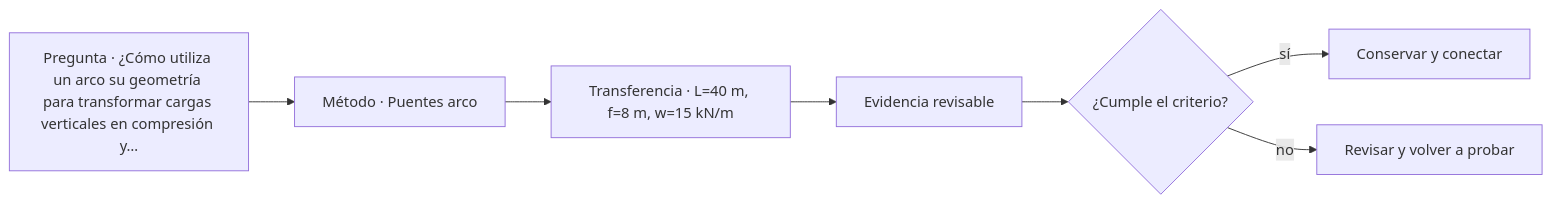
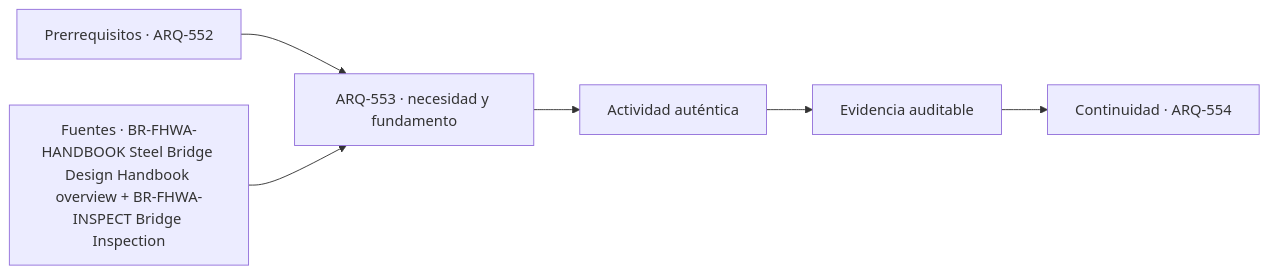
The diagram in classes/parte-56/ARQ-553.md (vladimiracunadev-create/architecture-built-environment-learning-program), drawn with Mermaid before and after one commit. The commit also changed other lines of this file and 761 other files, not shown here.

````diff
--- a/classes/parte-56/ARQ-553.md
+++ b/classes/parte-56/ARQ-553.md
@@ -95,9 +107,8 @@
 ```mermaid
 flowchart LR
-    Q["Pregunta · ¿Cómo utiliza un arco su geometría para transformar cargas verticales en compresión y…"] --> M["Método · Puentes arco"]
-    M --> P["Transferencia · L=40 m, f=8 m, w=15 kN/m"]
-    P --> E["Evidencia revisable"]
-    E --> C{"¿Cumple el criterio?"}
-    C -->|sí| T["Conservar y conectar"]
-    C -->|no| R["Revisar y volver a probar"]
+    A["Prerrequisitos · ARQ-552"] --> B["ARQ-553 · necesidad y fundamento"]
+    S["Fuentes · BR-FHWA-HANDBOOK Steel Bridge Design Handbook overview + BR-FHWA-INSPECT Bridge Inspection"] --> B
+    B --> C["Actividad auténtica"]
+    C --> D["Evidencia auditable"]
+    D --> E["Continuidad · ARQ-554"]
 ```
````
